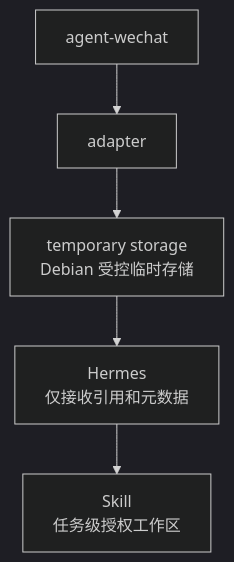
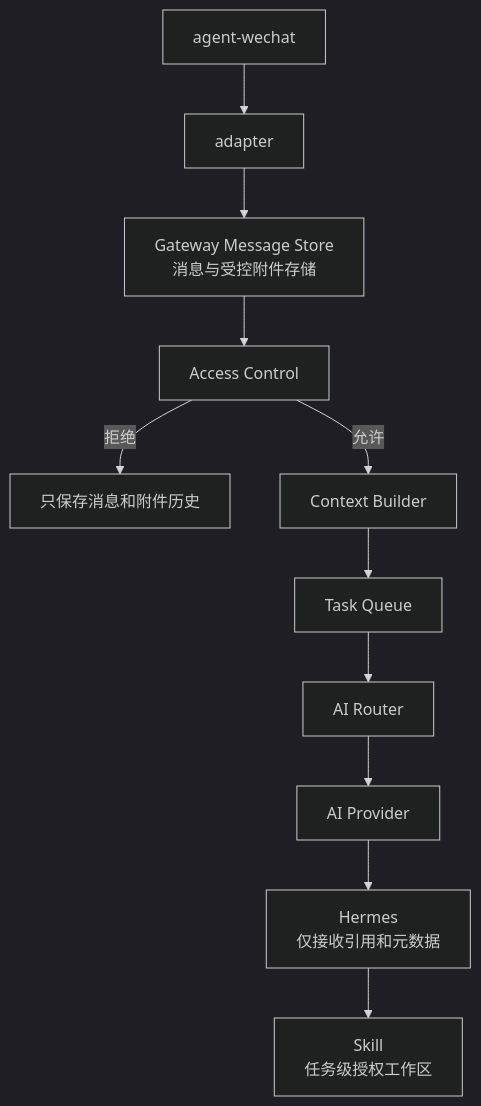
The diagram in design/hermes-event-schema.md (Tangbohu09527/CF_ecommerce-automation-docs), drawn with Mermaid (dark theme) before and after one commit. The commit also changed other lines of this file and 2 other files, not shown here.

Commit message:
docs: design gateway and access control architecture

````diff
--- a/design/hermes-event-schema.md
+++ b/design/hermes-event-schema.md
@@ -251,7 +337,13 @@
 ```mermaid
 flowchart TB
     A["agent-wechat"] --> B["adapter"]
-    B --> T["temporary storage<br/>Debian 受控临时存储"]
-    T --> H["Hermes<br/>仅接收引用和元数据"]
+    B --> M["Gateway Message Store<br/>消息与受控附件存储"]
+    M --> AC["Access Control"]
+    AC -->|"拒绝"| D["只保存消息和附件历史"]
+    AC -->|"允许"| C["Context Builder"]
+    C --> Q["Task Queue"]
+    Q --> R["AI Router"]
+    R --> P["AI Provider"]
+    P --> H["Hermes<br/>仅接收引用和元数据"]
     H --> S["Skill<br/>任务级授权工作区"]
 ```
````
